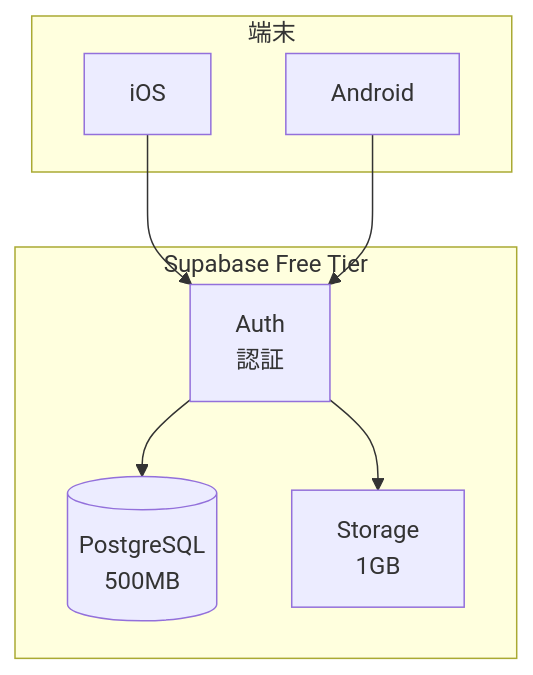
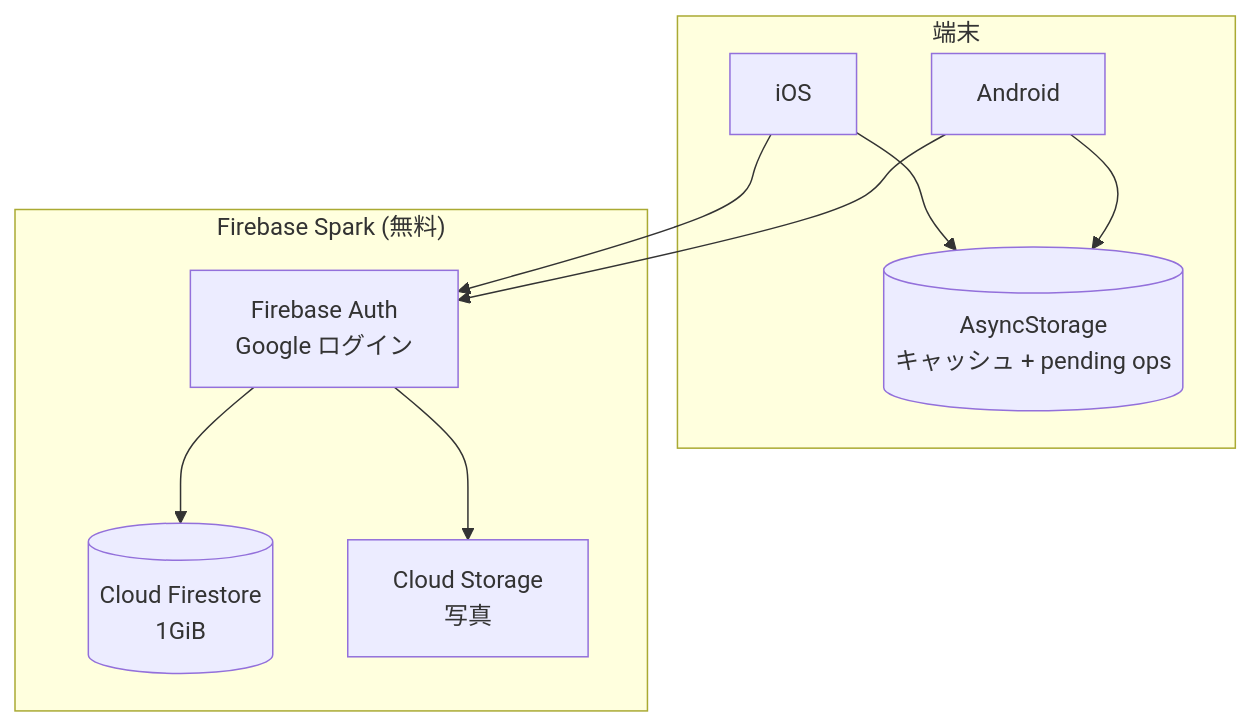
One commit to Tetsuya4869/catDailyNoteApp changed the fourth of 10 diagrams in docs/SYSTEM_ARCHITECTURE.md. Above: the diagram before and after it, drawn with Mermaid. The commit also changed other lines of this file and 22 other files, not shown here.

First line of the commit message:
Migrate backend from Supabase to Firebase

````diff
--- a/docs/SYSTEM_ARCHITECTURE.md
+++ b/docs/SYSTEM_ARCHITECTURE.md
@@ -138,18 +138,21 @@
 ```mermaid
 flowchart TB
     subgraph Devices["端末"]
         iOS[iOS]
         Android[Android]
+        Cache[(AsyncStorage<br/>キャッシュ + pending ops)]
     end
     
-    subgraph Supabase["Supabase Free Tier"]
-        Auth[Auth<br/>認証]
-        DB[(PostgreSQL<br/>500MB)]
-        Storage[Storage<br/>1GB]
+    subgraph Firebase["Firebase Spark (無料)"]
+        Auth[Firebase Auth<br/>Google ログイン]
+        DB[(Cloud Firestore<br/>1GiB)]
+        Storage[Cloud Storage<br/>写真]
     end
     
+    iOS --> Cache
+    Android --> Cache
     iOS --> Auth
     Android --> Auth
     Auth --> DB
     Auth --> Storage
 ```
````
